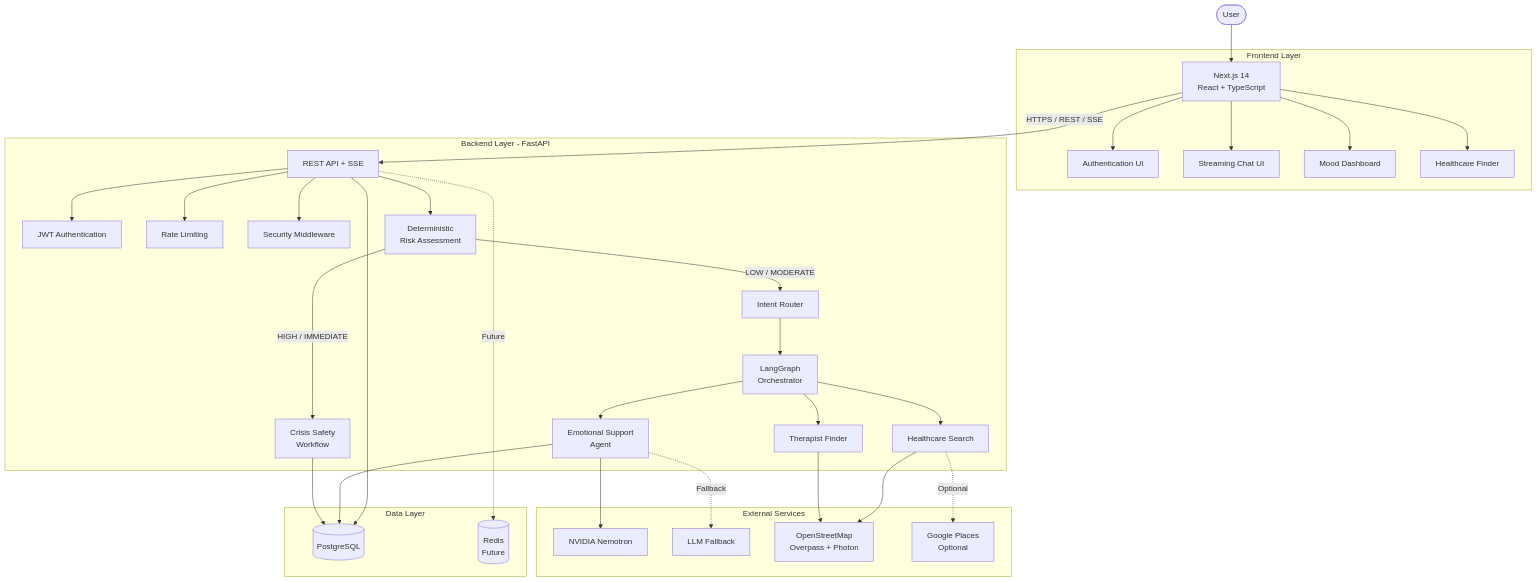
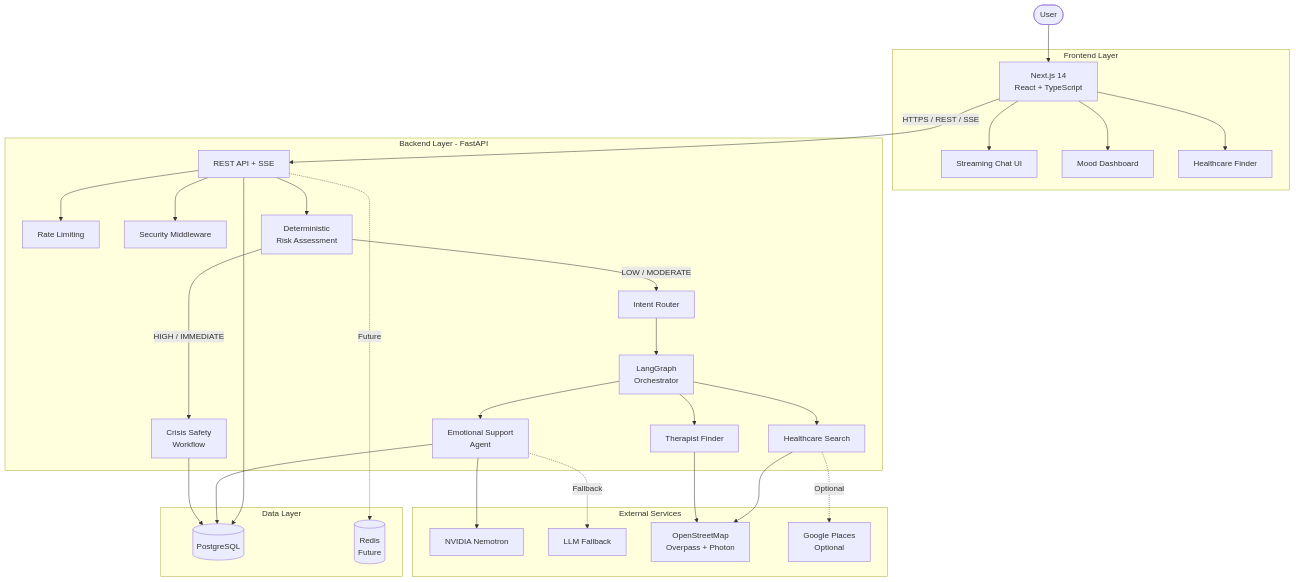
Before and after one commit to ayushnandi718-dev/safespace-ai: the diagram in README.md, drawn with Mermaid. The commit also changed other lines of this file and 13 other files, not shown here.

````diff
--- a/README.md
+++ b/README.md
@@ -90,82 +90,78 @@
 ```mermaid
 flowchart TB
 
     USER([User])
 
     subgraph FRONTEND["Frontend Layer"]
         NEXT["Next.js 14<br/>React + TypeScript"]
-        AUTH_UI["Authentication UI"]
         CHAT_UI["Streaming Chat UI"]
         MOOD_UI["Mood Dashboard"]
         SEARCH_UI["Healthcare Finder"]
     end
 
     subgraph BACKEND["Backend Layer - FastAPI"]
         API["REST API + SSE"]
 
-        AUTH["JWT Authentication"]
         RATE["Rate Limiting"]
         SECURITY["Security Middleware"]
 
         RISK["Deterministic<br/>Risk Assessment"]
         ROUTER["Intent Router"]
 
         GRAPH["LangGraph<br/>Orchestrator"]
 
         CRISIS["Crisis Safety<br/>Workflow"]
         SUPPORT["Emotional Support<br/>Agent"]
         PROVIDER["Healthcare Search"]
         THERAPIST["Therapist Finder"]
     end
 
     subgraph DATA["Data Layer"]
         POSTGRES[("PostgreSQL")]
         CACHE[("Redis<br/>Future")]
     end
 
     subgraph EXTERNAL["External Services"]
         NVIDIA["NVIDIA Nemotron"]
         GROQ["LLM Fallback"]
         OSM["OpenStreetMap<br/>Overpass + Photon"]
         GOOGLE["Google Places<br/>Optional"]
     end
 
     USER --> NEXT
 
-    NEXT --> AUTH_UI
     NEXT --> CHAT_UI
     NEXT --> MOOD_UI
     NEXT --> SEARCH_UI
 
     NEXT -->|"HTTPS / REST / SSE"| API
 
     API --> SECURITY
     API --> RATE
-    API --> AUTH
 
     API --> POSTGRES
 
     API --> RISK
 
     RISK -->|"HIGH / IMMEDIATE"| CRISIS
     RISK -->|"LOW / MODERATE"| ROUTER
 
     ROUTER --> GRAPH
 
     GRAPH --> SUPPORT
     GRAPH --> PROVIDER
     GRAPH --> THERAPIST
 
     SUPPORT --> NVIDIA
     SUPPORT -.Fallback.-> GROQ
 
     PROVIDER --> OSM
     PROVIDER -.Optional.-> GOOGLE
 
     THERAPIST --> OSM
 
     SUPPORT --> POSTGRES
     CRISIS --> POSTGRES
 
     API -.Future.-> CACHE
 ```
````
